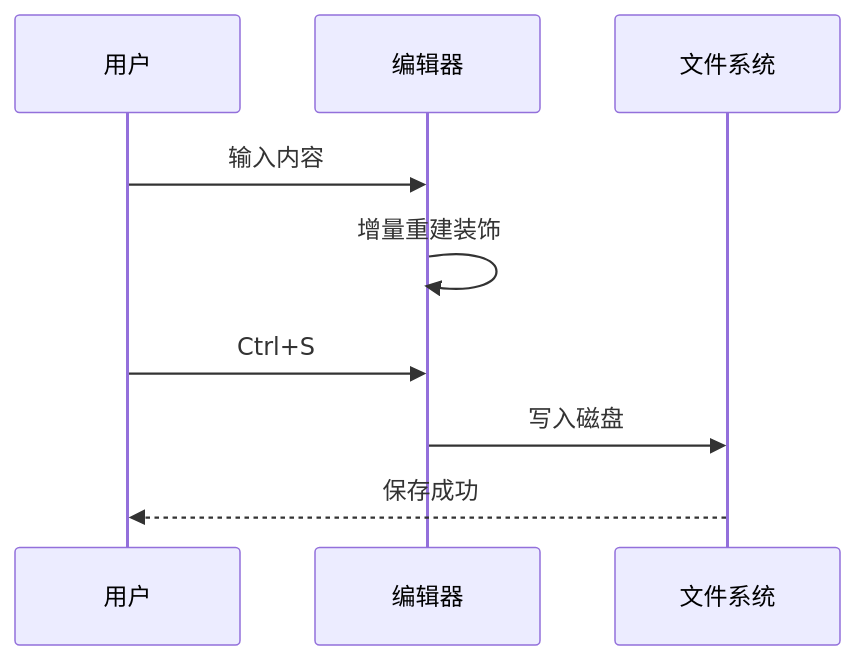
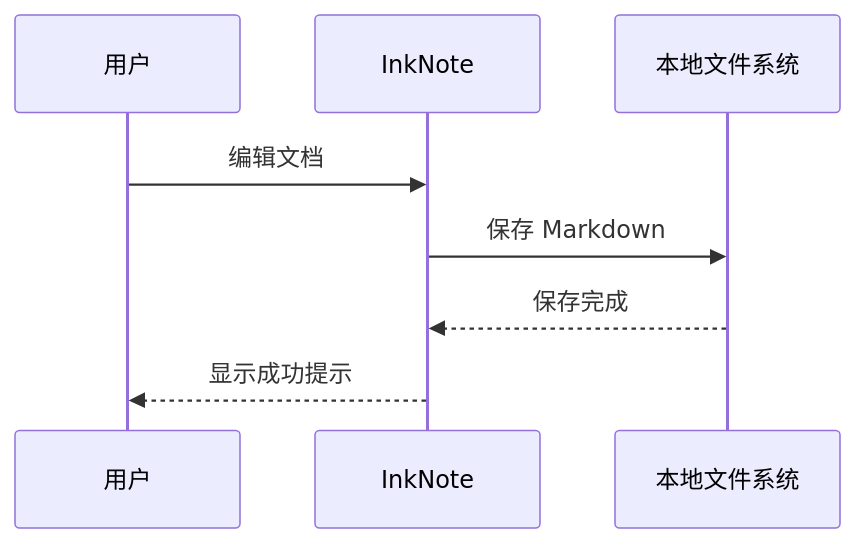
The second of 2 diagrams in InkNote/sample.md (likehao19/InkNote), drawn with Mermaid before and after one commit. The commit also changed other lines of this file and 45 other files, not shown here.

````diff
--- a/InkNote/sample.md
+++ b/InkNote/sample.md
@@ -233,11 +161,10 @@
 ```mermaid
 sequenceDiagram
     participant U as 用户
-    participant E as 编辑器
-    participant F as 文件系统
-    U->>E: 输入内容
-    E->>E: 增量重建装饰
-    U->>E: Ctrl+S
-    E->>F: 写入磁盘
-    F-->>U: 保存成功
+    participant I as InkNote
+    participant F as 本地文件系统
+    U->>I: 编辑文档
+    I->>F: 保存 Markdown
+    F-->>I: 保存完成
+    I-->>U: 显示成功提示
 ```
````
